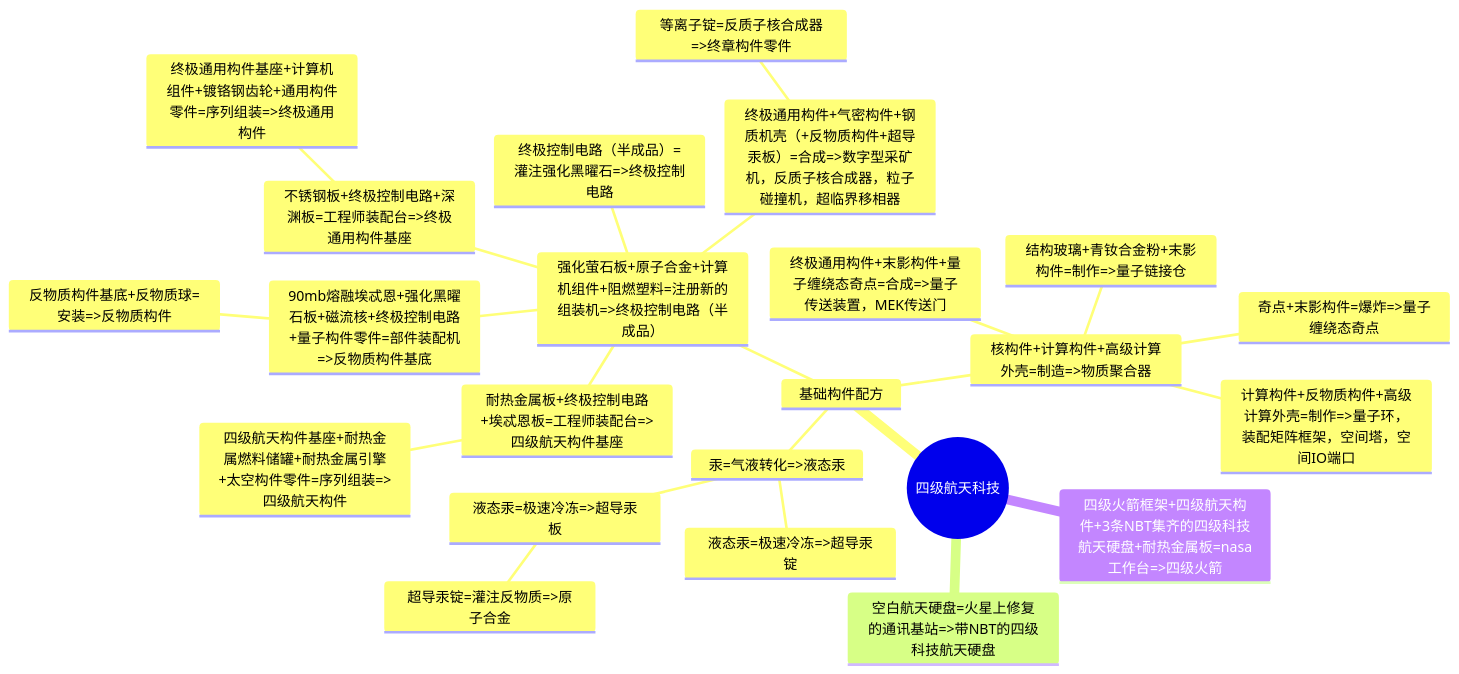
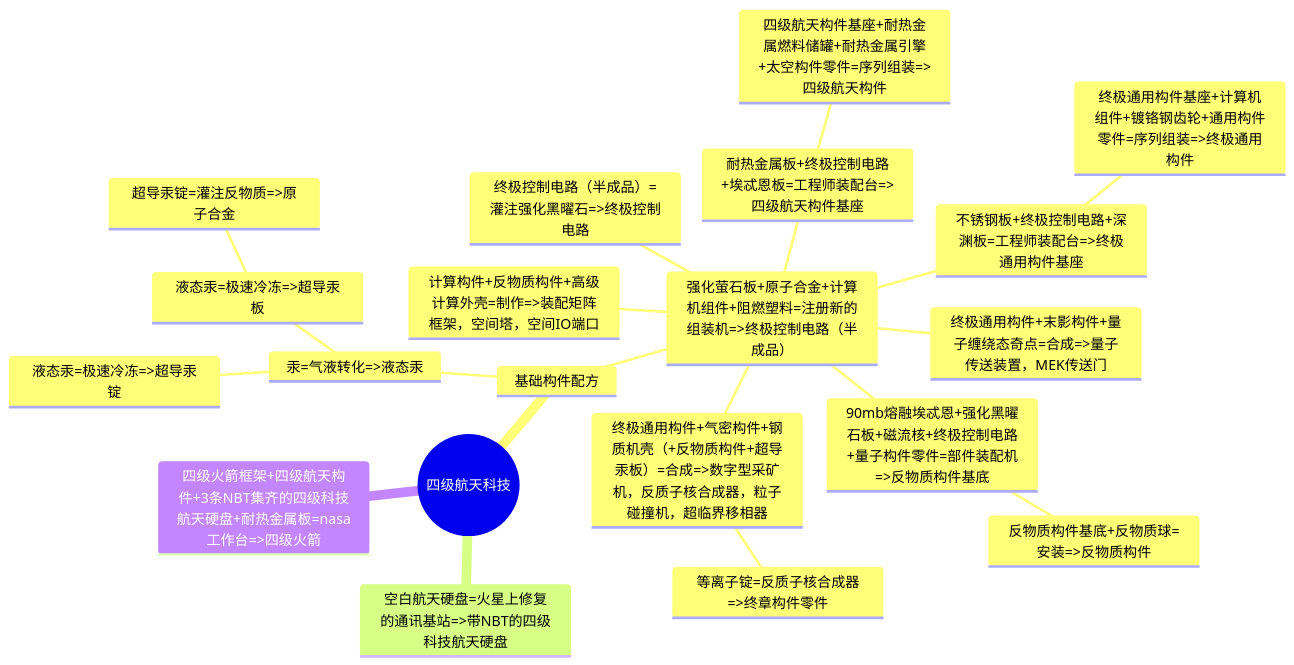
One commit to VechniMetel/CodeNameCIM2 changed the fourth of 4 diagrams in Developer/TechTreeMap.md. Above: the diagram before and after it, drawn with Mermaid.

````diff
--- a/Developer/TechTreeMap.md
+++ b/Developer/TechTreeMap.md
@@ -106,26 +110,23 @@
 ``` mermaid
 mindmap
     root((四级航天科技))
         基础构件配方
             汞=气液转化=>液态汞
                 液态汞=极速冷冻=>超导汞锭
                 液态汞=极速冷冻=>超导汞板
                     超导汞锭=灌注反物质=>原子合金
             强化萤石板+原子合金+计算机组件+阻燃塑料=注册新的组装机=>终极控制电路（半成品）
                 终极控制电路（半成品）=灌注强化黑曜石=>终极控制电路
                 耐热金属板+终极控制电路+埃忒恩板=工程师装配台=>四级航天构件基座
                     四级航天构件基座+耐热金属燃料储罐+耐热金属引擎+太空构件零件=序列组装=>四级航天构件
                 不锈钢板+终极控制电路+深渊板=工程师装配台=>终极通用构件基座
                     终极通用构件基座+计算机组件+镀铬钢齿轮+通用构件零件=序列组装=>终极通用构件
                 90mb熔融埃忒恩+强化黑曜石板+磁流核+终极控制电路+量子构件零件=部件装配机=>反物质构件基底
                     反物质构件基底+反物质球=安装=>反物质构件
                 终极通用构件+气密构件+钢质机壳（+反物质构件+超导汞板）=合成=>数字型采矿机，反质子核合成器，粒子碰撞机，超临界移相器
                     等离子锭=反质子核合成器=>终章构件零件
-            核构件+计算构件+高级计算外壳=制造=>物质聚合器
-                奇点+末影构件=爆炸=>量子缠绕态奇点
                 终极通用构件+末影构件+量子缠绕态奇点=合成=>量子传送装置，MEK传送门
-                计算构件+反物质构件+高级计算外壳=制作=>量子环，装配矩阵框架，空间塔，空间IO端口
-                结构玻璃+青钕合金粉+末影构件=制作=>量子链接仓
+                计算构件+反物质构件+高级计算外壳=制作=>装配矩阵框架，空间塔，空间IO端口
         空白航天硬盘=火星上修复的通讯基站=>带NBT的四级科技航天硬盘
         四级火箭框架+四级航天构件+3条NBT集齐的四级科技航天硬盘+耐热金属板=nasa工作台=>四级火箭
 ```
````
